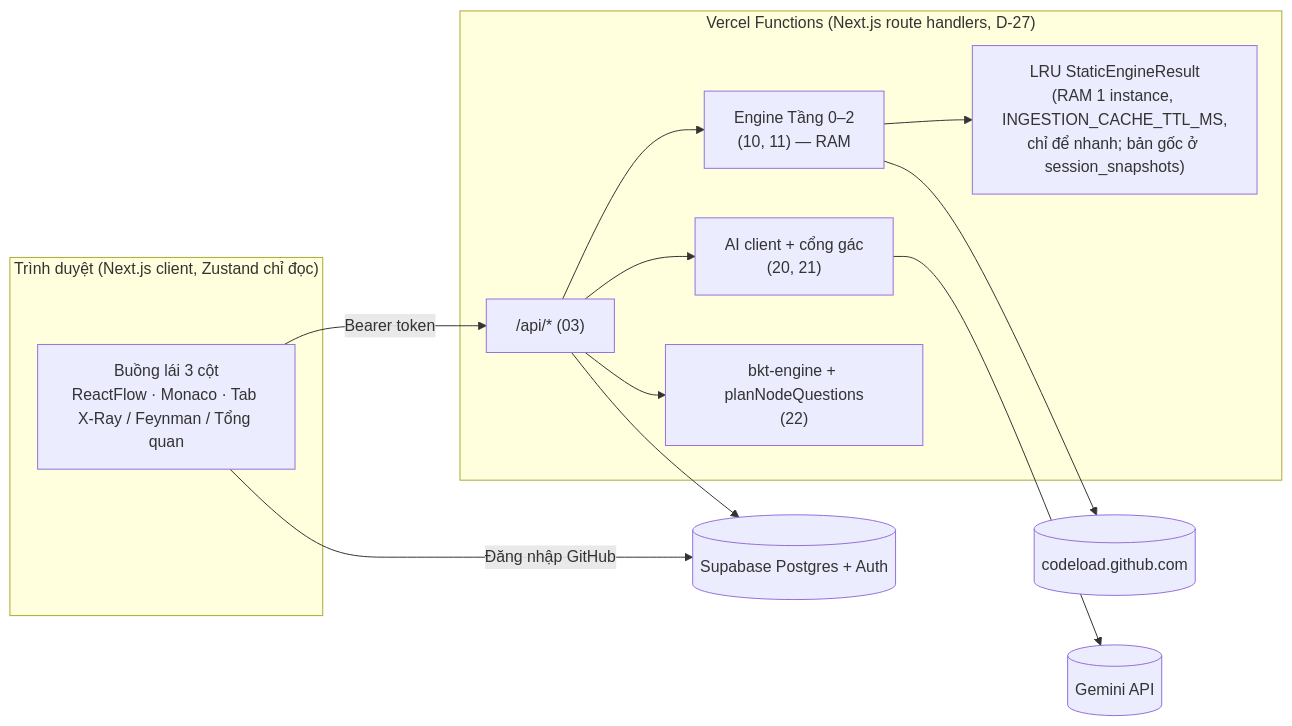
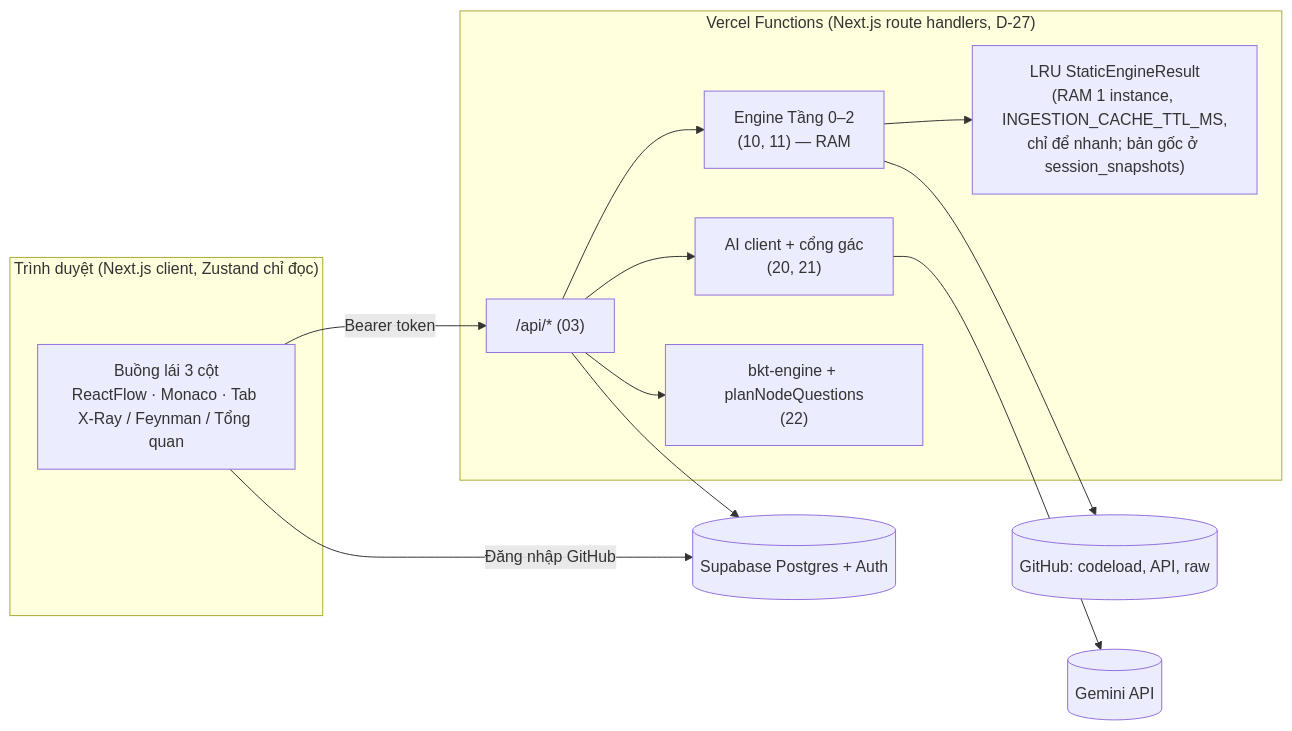
The first of 4 diagrams in spec/01_KIEN_TRUC_VA_LUONG.md (huynhthanhnhannnh-pixel/Hackathon_SGU), drawn with Mermaid before and after one commit. The commit also changed other lines of this file and 7 other files, not shown here.

````diff
--- a/spec/01_KIEN_TRUC_VA_LUONG.md
+++ b/spec/01_KIEN_TRUC_VA_LUONG.md
@@ -41,23 +41,23 @@
 ```mermaid
 flowchart LR
     subgraph Browser["Trình duyệt (Next.js client, Zustand chỉ đọc)"]
         UI["Buồng lái 3 cột<br/>ReactFlow · Monaco · Tab X-Ray / Feynman / Tổng quan"]
     end
     subgraph Server["Vercel Functions (Next.js route handlers, D-27)"]
         API["/api/* (03)"]
         ENG["Engine Tầng 0–2<br/>(10, 11) — RAM"]
         AI["AI client + cổng gác<br/>(20, 21)"]
         BKT["bkt-engine + planNodeQuestions<br/>(22)"]
         CACHE["LRU StaticEngineResult<br/>(RAM 1 instance, INGESTION_CACHE_TTL_MS,<br/>chỉ để nhanh; bản gốc ở session_snapshots)"]
     end
-    GH[("codeload.github.com")]
+    GH[("GitHub: codeload, API, raw")]
     GEM[("Gemini API")]
     DB[("Supabase Postgres + Auth")]
     UI -- "Bearer token" --> API
     API --> ENG --> GH
     ENG --> CACHE
     API --> AI --> GEM
     API --> BKT
     API --> DB
     UI -- "Đăng nhập GitHub" --> DB
 ```
````
